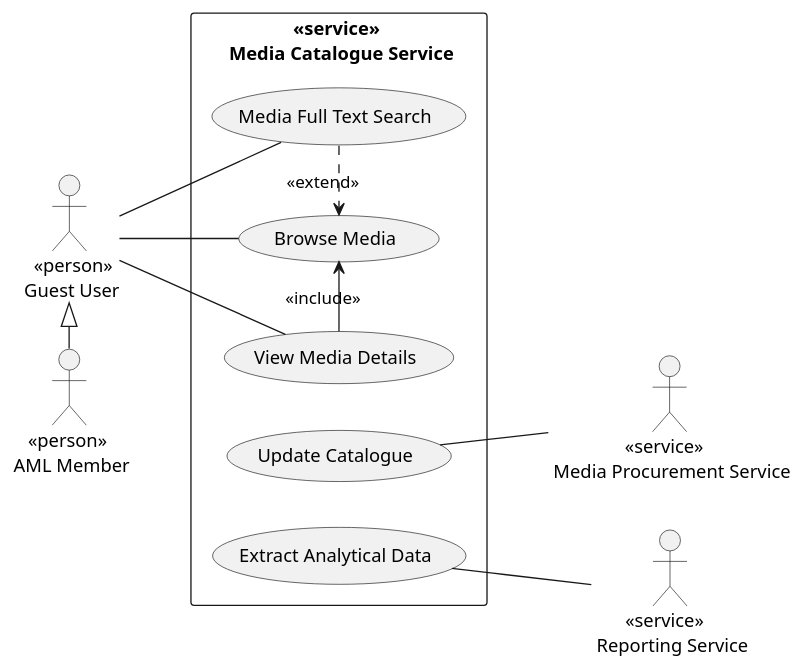
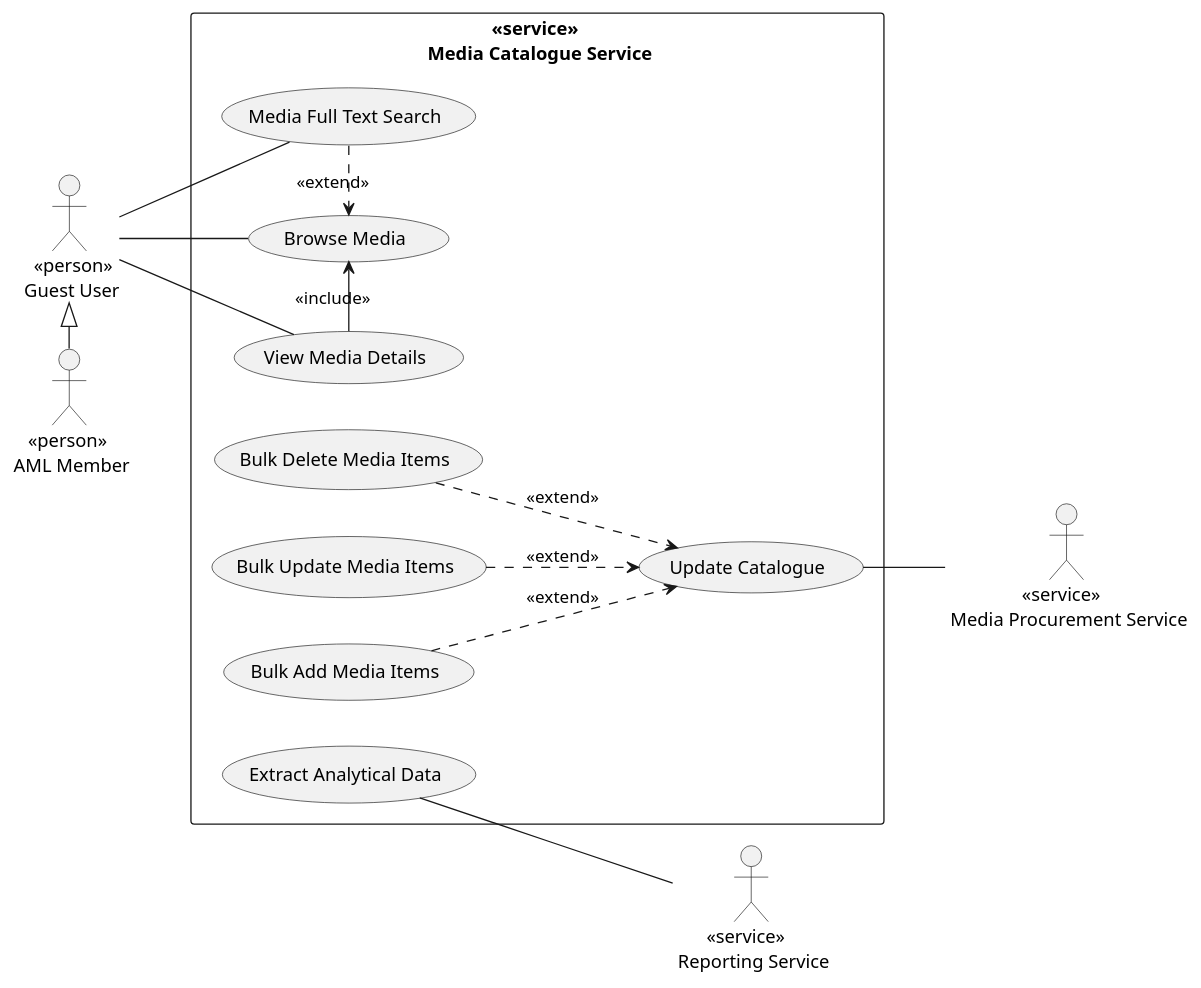
The diagram in documentation/use-cases/media-catalogue.puml (Nox-iv/group-11), drawn with PlantUML before and after one commit.

Commit message:
Add extensions of update catalogue use case.

```diff
--- a/documentation/use-cases/media-catalogue.puml
+++ b/documentation/use-cases/media-catalogue.puml
@@ -1,30 +1,36 @@
 @startuml media-catalogue
 
 left to right direction
 
 rectangle "<<service>> \n Media Catalogue Service" {
     (Browse Media) as browse_media
     (Media Full Text Search) as search_media
     (View Media Details) as view_media
     (Update Catalogue) as update_catalogue
+    (Bulk Add Media Items) as bulk_add
+    (Bulk Update Media Items) as bulk_update
+    (Bulk Delete Media Items) as bulk_delete
     (Extract Analytical Data) as export_data
 }
 
 :   <<person>> \n Guest User: as guest_user
 :    <<person>> \n AML Member: as aml_member
 :                <<service>> \n Media Procurement Service: as media_procurement_service
 :       <<service>> \n Reporting Service: as reporting_service
 
 guest_user <|-r-- aml_member
 
 browse_media <.l. search_media: <<extend>>
 browse_media <-l- view_media: <<include>>
+update_catalogue <.u. bulk_add: <<extend>>
+update_catalogue <.u. bulk_update: <<extend>>
+update_catalogue <.u. bulk_delete: <<extend>>
 
 guest_user -- browse_media
 guest_user -- search_media
 guest_user -- view_media
 
-update_catalogue -- media_procurement_service
-export_data -- reporting_service
+update_catalogue -d- media_procurement_service
+export_data -d- reporting_service
 
 @enduml
```
